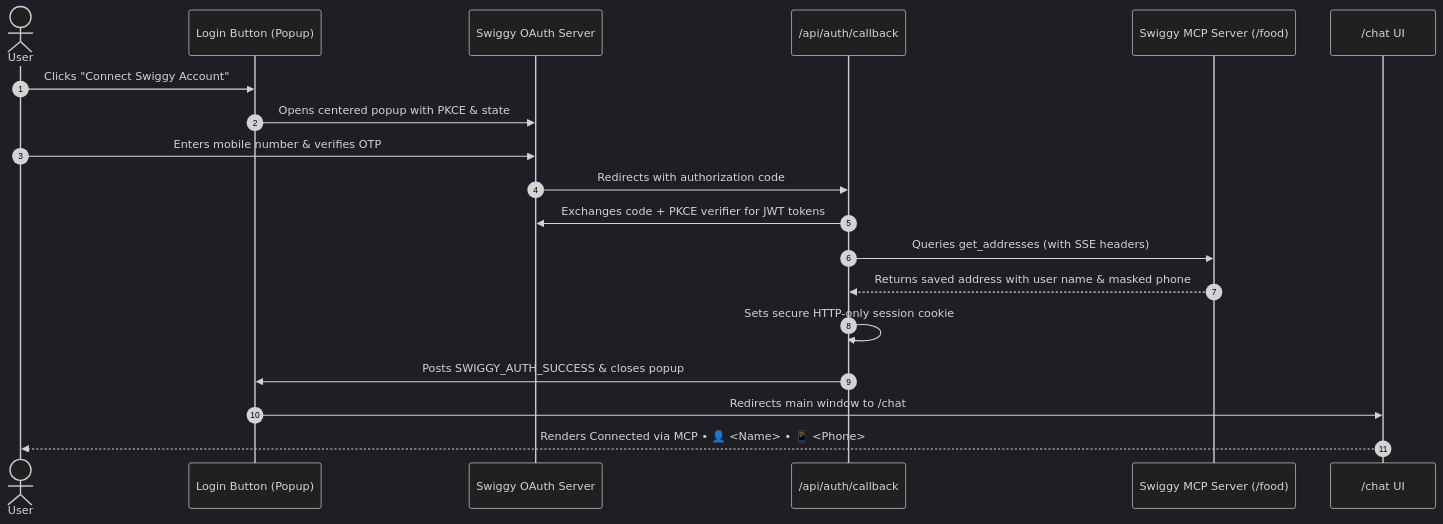
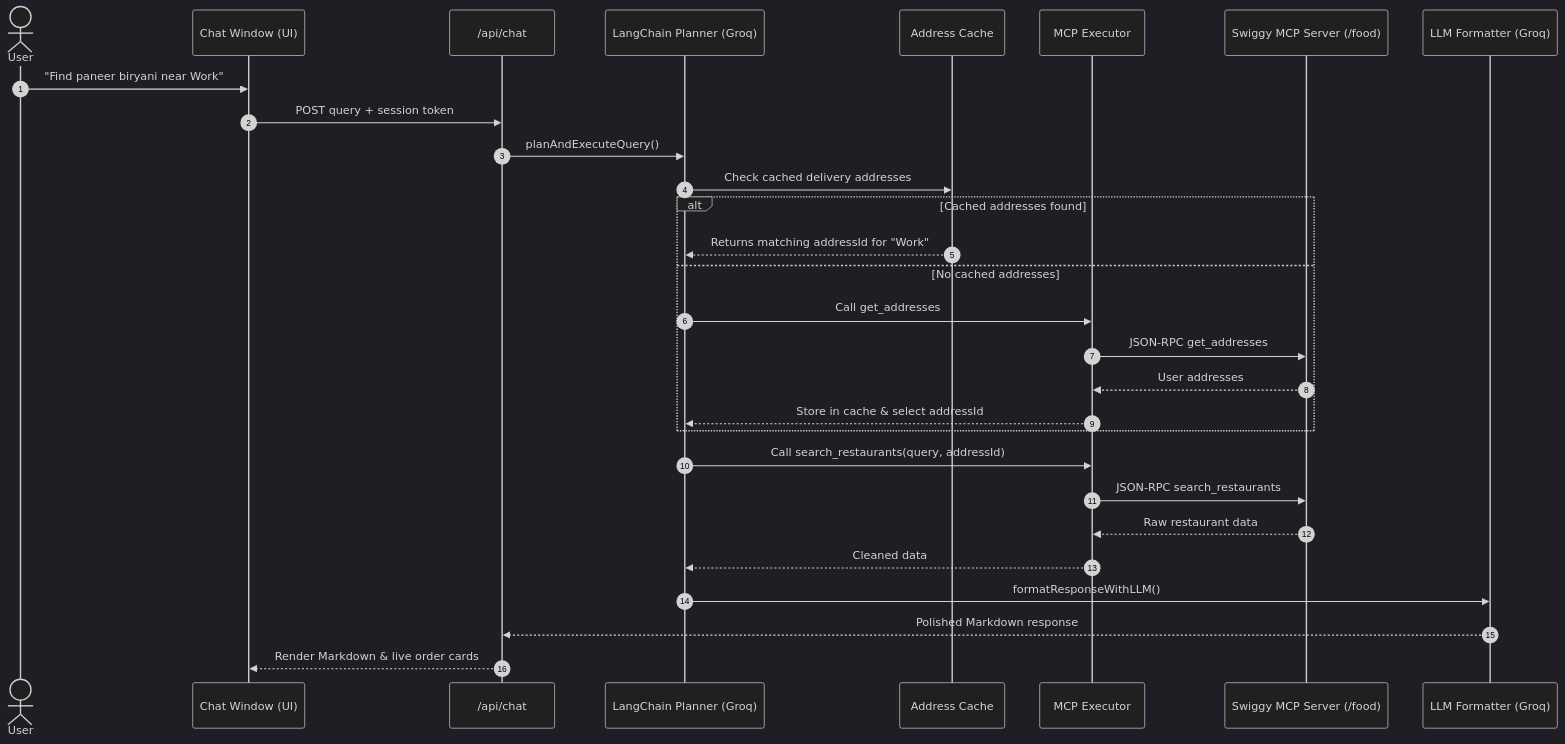
The diagram in README.md (ChiragGitHub231/swiggy-mcp-chatbot), drawn with Mermaid (dark theme) before and after one commit. The commit also changed other lines of this file and 22 other files, not shown here.

Commit message:
feat: Refactor AI agent to utilize planner-executor-formatter architecture

````diff
--- a/README.md
+++ b/README.md
@@ -110,22 +35,32 @@
 ```mermaid
 sequenceDiagram
     autonumber
     actor User
-    participant Login as Login Button (Popup)
-    participant SwiggyAuth as Swiggy OAuth Server
-    participant Callback as /api/auth/callback
-    participant MCP as Swiggy MCP Server (/food)
-    participant Chat as /chat UI
+    participant ChatUI as Chat Window (UI)
+    participant ChatAPI as /api/chat
+    participant Planner as LangChain Planner (Groq)
+    participant Cache as Address Cache
+    participant Executor as MCP Executor
+    participant SwiggyMCP as Swiggy MCP Server (/food)
+    participant Formatter as LLM Formatter (Groq)
 
-    User->>Login: Clicks "Connect Swiggy Account"
-    Login->>SwiggyAuth: Opens centered popup with PKCE & state
-    User->>SwiggyAuth: Enters mobile number & verifies OTP
-    SwiggyAuth->>Callback: Redirects with authorization code
-    Callback->>SwiggyAuth: Exchanges code + PKCE verifier for JWT tokens
-    Callback->>MCP: Queries get_addresses (with SSE headers)
-    MCP-->>Callback: Returns saved address with user name & masked phone
-    Callback->>Callback: Sets secure HTTP-only session cookie
-    Callback->>Login: Posts SWIGGY_AUTH_SUCCESS & closes popup
-    Login->>Chat: Redirects main window to /chat
-    Chat-->>User: Renders Connected via MCP • 👤 <Name> • 📱 <Phone>
+    User->>ChatUI: "Find paneer biryani near Work"
+    ChatUI->>ChatAPI: POST query + session token
+    ChatAPI->>Planner: planAndExecuteQuery()
+    Planner->>Cache: Check cached delivery addresses
+    alt Cached addresses found
+        Cache-->>Planner: Returns matching addressId for "Work"
+    else No cached addresses
+        Planner->>Executor: Call get_addresses
+        Executor->>SwiggyMCP: JSON-RPC get_addresses
+        SwiggyMCP-->>Executor: User addresses
+        Executor-->>Planner: Store in cache & select addressId
+    end
+    Planner->>Executor: Call search_restaurants(query, addressId)
+    Executor->>SwiggyMCP: JSON-RPC search_restaurants
+    SwiggyMCP-->>Executor: Raw restaurant data
+    Executor-->>Planner: Cleaned data
+    Planner->>Formatter: formatResponseWithLLM()
+    Formatter-->>ChatAPI: Polished Markdown response
+    ChatAPI-->>ChatUI: Render Markdown & live order cards
 ```
````
